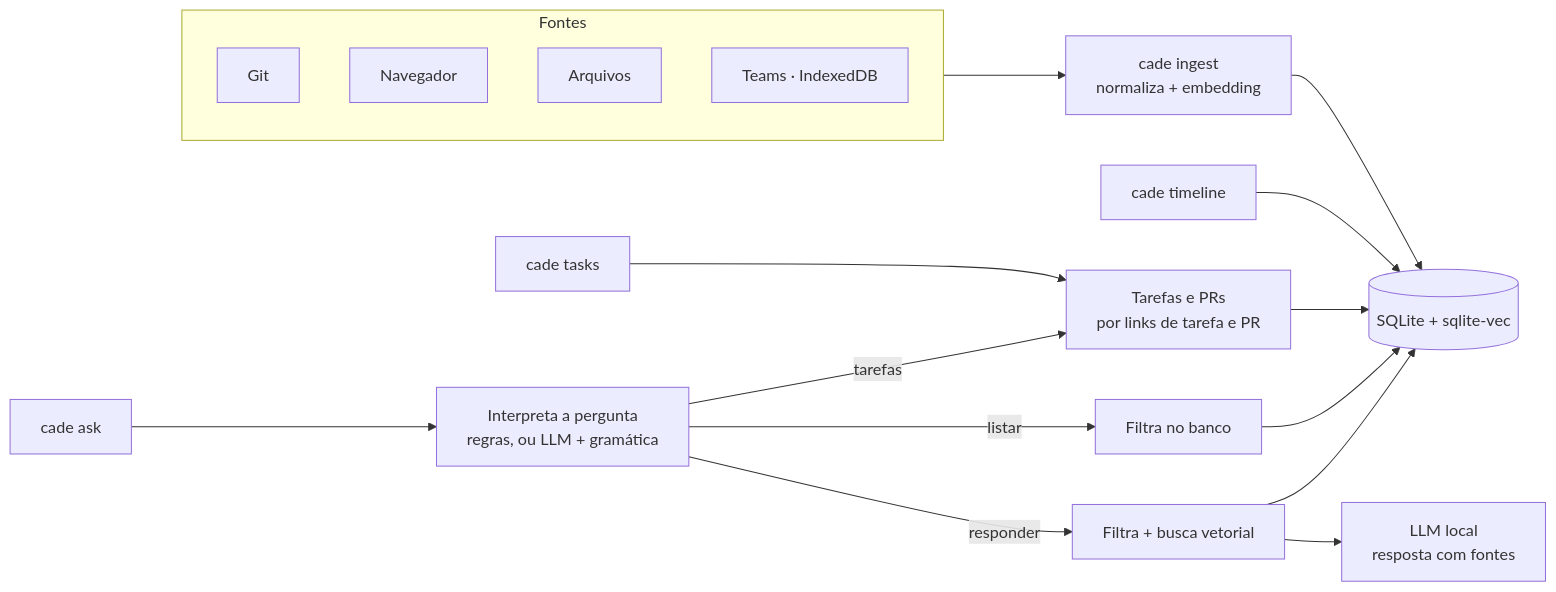
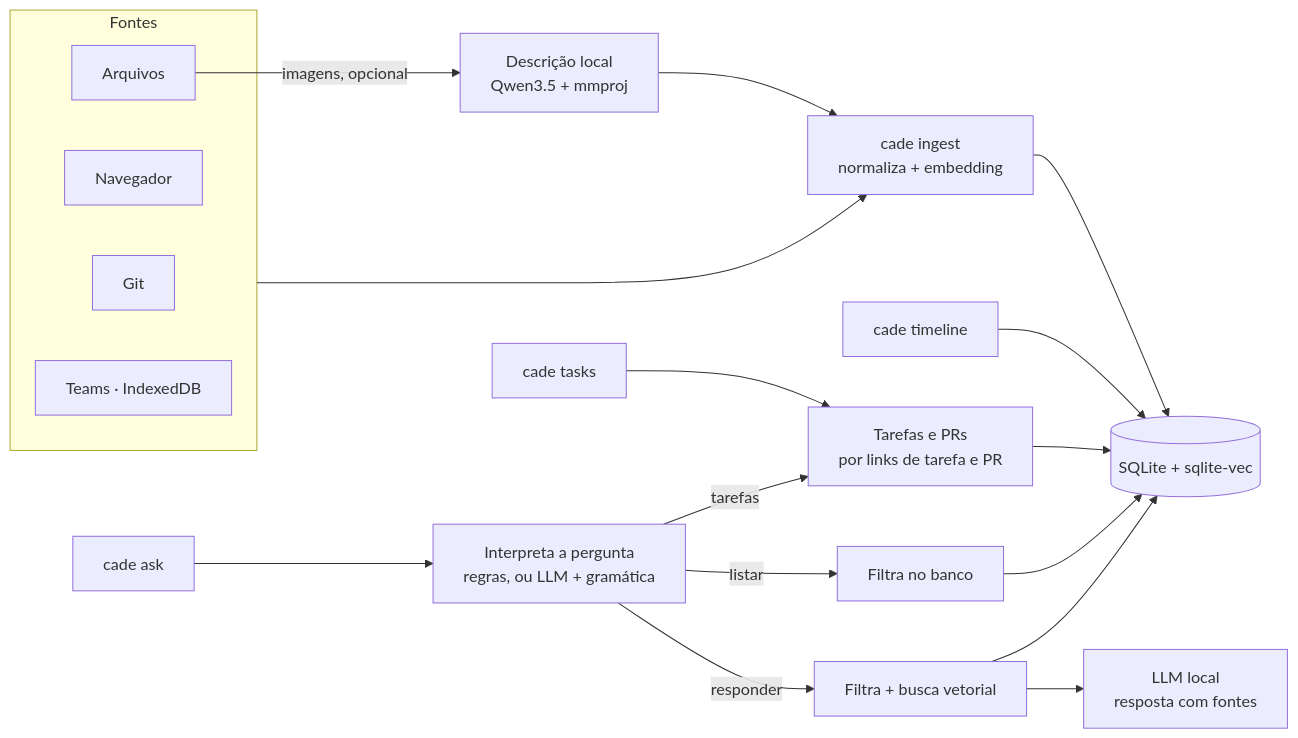
The first of 11 diagrams in docs/ARCHITECTURE.md (Chipskein/cade), drawn with Mermaid before and after one commit. The commit also changed other lines of this file and 9 other files, not shown here.

````diff
--- a/docs/ARCHITECTURE.md
+++ b/docs/ARCHITECTURE.md
@@ -27,24 +27,26 @@
 ```mermaid
 flowchart LR
     subgraph Fontes
         git[Git]
         nav[Navegador]
         arq[Arquivos]
         teams[Teams · IndexedDB]
     end
 
+    arq -->|imagens, opcional| visao[Descrição local<br/>Qwen3.5 + mmproj]
+    visao --> ingest
     Fontes --> ingest[cade ingest<br/>normaliza + embedding]
     ingest --> db[(SQLite + sqlite-vec)]
 
     timeline[cade timeline] --> db
     tasks[cade tasks] --> relatorio[Tarefas e PRs<br/>por links de tarefa e PR]
     relatorio --> db
 
     ask[cade ask] --> plano[Interpreta a pergunta<br/>regras, ou LLM + gramática]
     plano -->|listar| filtro[Filtra no banco]
     plano -->|responder| busca[Filtra + busca vetorial]
     plano -->|tarefas| relatorio
     filtro --> db
     busca --> db
     busca --> llm[LLM local<br/>resposta com fontes]
 ```
````
